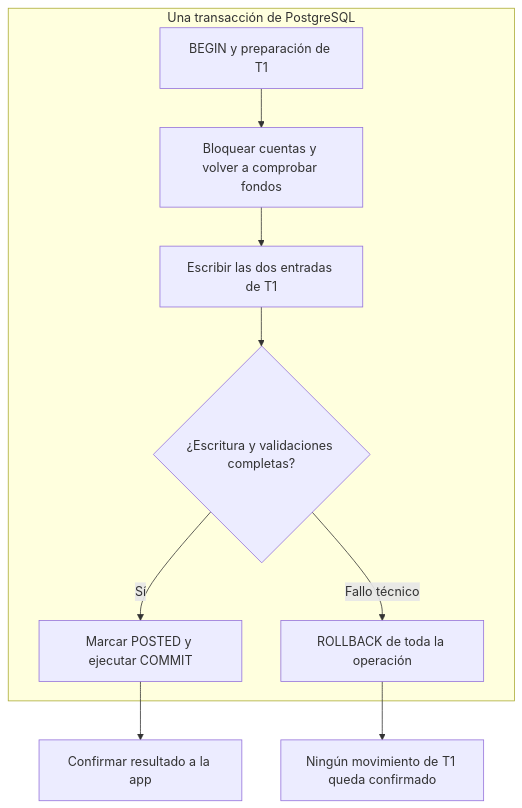
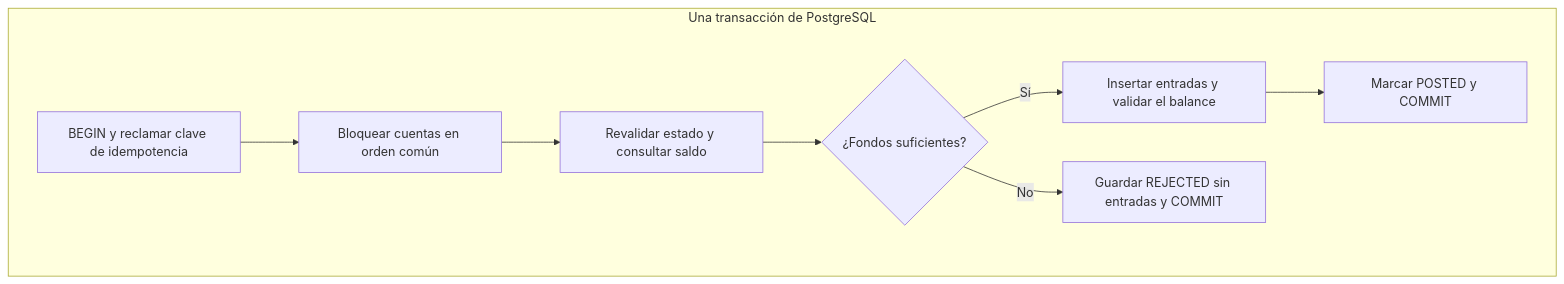
One commit to TheKhadaJhin/arquitectura-bancaria changed the second of 2 diagrams in 02-modelo-relacional.md. Above: the diagram before and after it, drawn with Mermaid. The commit also changed other lines of this file, not shown here.

````diff
--- a/02-modelo-relacional.md
+++ b/02-modelo-relacional.md
@@ -99,12 +96,11 @@
 ```mermaid
 flowchart TB
     subgraph SQL["Una transacción de PostgreSQL"]
-        A["BEGIN y preparación de T1"] --> B["Bloquear cuentas y volver a comprobar fondos"]
-        B --> C["Escribir las dos entradas de T1"]
-        C --> D{"¿Escritura y validaciones completas?"}
-        D -->|Sí| E["Marcar POSTED y ejecutar COMMIT"]
-        D -->|Fallo técnico| F["ROLLBACK de toda la operación"]
+        A["BEGIN y reclamar clave de idempotencia"] --> B["Bloquear cuentas en orden común"]
+        B --> C["Revalidar estado y consultar saldo"]
+        C --> D{"¿Fondos suficientes?"}
+        D -->|Sí| E["Insertar entradas y validar el balance"]
+        E --> F["Marcar POSTED y COMMIT"]
+        D -->|No| G["Guardar REJECTED sin entradas y COMMIT"]
     end
-    E --> G["Confirmar resultado a la app"]
-    F --> H["Ningún movimiento de T1 queda confirmado"]
 ```
````
